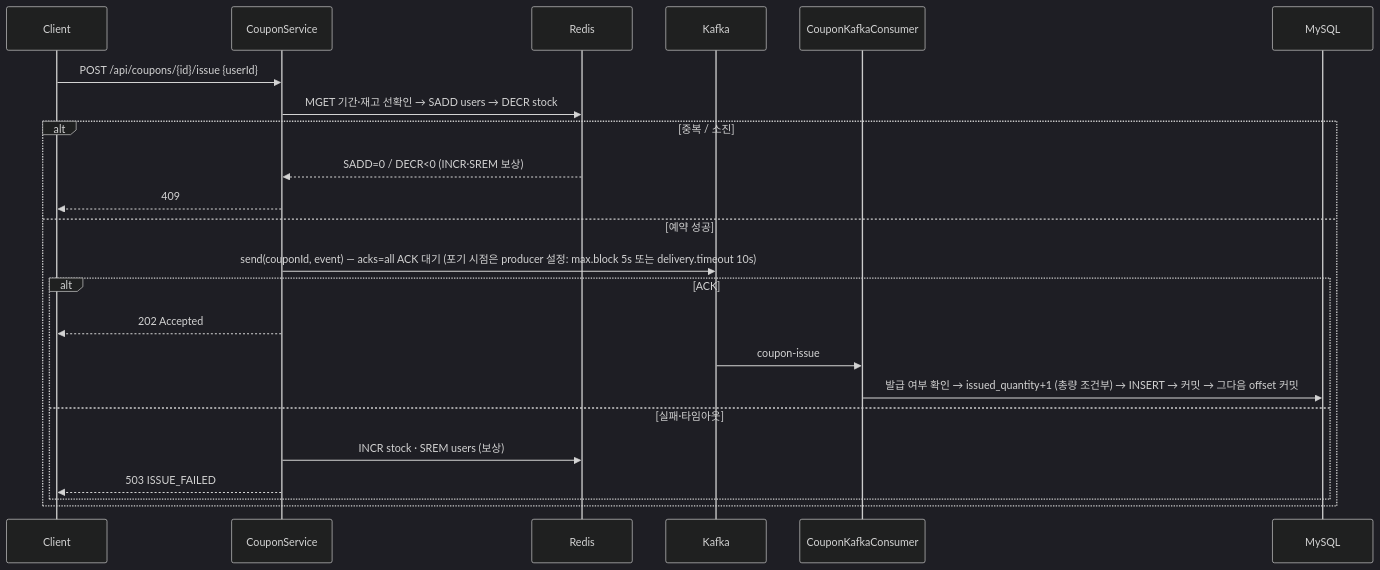
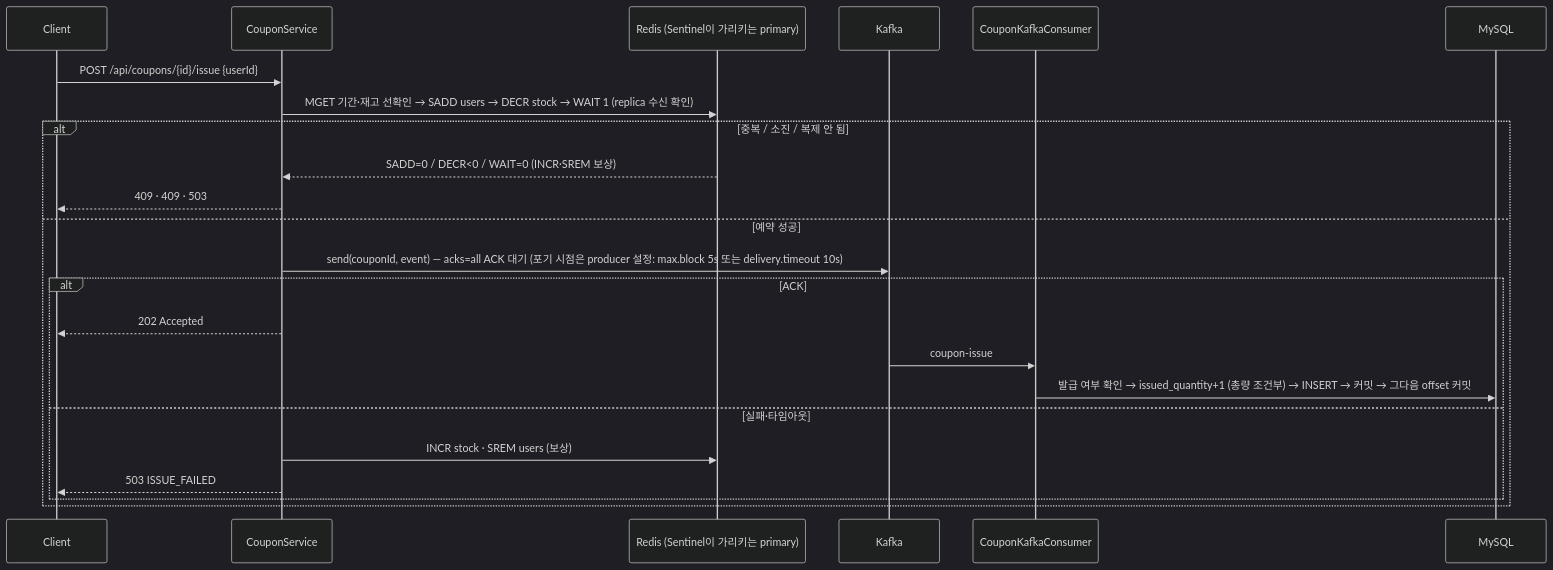
Before and after one commit to joejaeyoung/Project-coupon_rush: the diagram in 4-coupon_redisHA_kafka/README.md, drawn with Mermaid (dark theme). The commit also changed other lines of this file and 13 other files, not shown here.

First line of the commit message:
feat: Redis HA — primary/replica + Sentinel 3, 예약 복제 확인(WAIT), failover·복제 지연 실험

````diff
--- a/4-coupon_redisHA_kafka/README.md
+++ b/4-coupon_redisHA_kafka/README.md
@@ -12,26 +12,26 @@
 ```mermaid
 sequenceDiagram
     participant C as Client
     participant API as CouponService
-    participant R as Redis
+    participant R as Redis (Sentinel이 가리키는 primary)
     participant K as Kafka
     participant CS as CouponKafkaConsumer
     participant DB as MySQL
 
     C->>API: POST /api/coupons/{id}/issue {userId}
-    API->>R: MGET 기간·재고 선확인 → SADD users → DECR stock
-    alt 중복 / 소진
-        R-->>API: SADD=0 / DECR<0 (INCR·SREM 보상)
-        API-->>C: 409
+    API->>R: MGET 기간·재고 선확인 → SADD users → DECR stock → WAIT 1 (replica 수신 확인)
+    alt 중복 / 소진 / 복제 안 됨
+        R-->>API: SADD=0 / DECR<0 / WAIT=0 (INCR·SREM 보상)
+        API-->>C: 409 · 409 · 503
     else 예약 성공
         API->>K: send(couponId, event) — acks=all ACK 대기 (포기 시점은 producer 설정: max.block 5s 또는 delivery.timeout 10s)
         alt ACK
             API-->>C: 202 Accepted
             K->>CS: coupon-issue
             CS->>DB: 발급 여부 확인 → issued_quantity+1 (총량 조건부) → INSERT → 커밋 → 그다음 offset 커밋
         else 실패·타임아웃
             API->>R: INCR stock · SREM users (보상)
             API-->>C: 503 ISSUE_FAILED
         end
     end
 ```
````
